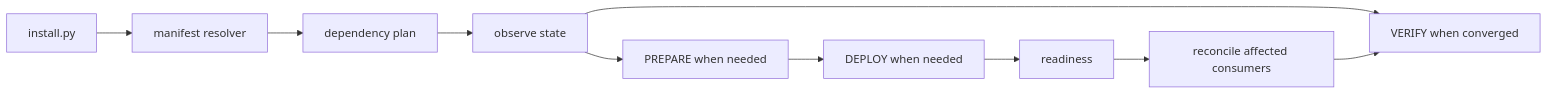
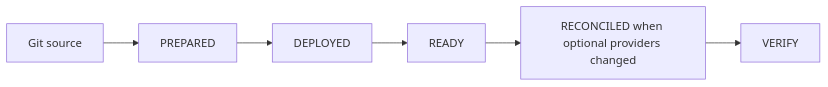
Before and after one commit to ea1het/local_hybrid_ai: the second of 4 diagrams in README.md, drawn with Mermaid. The commit also changed other lines of this file and 46 other files, not shown here.

````diff
--- a/README.md
+++ b/README.md
@@ -84,12 +36,8 @@
 ```mermaid
 flowchart LR
-    CLI[install.py] --> M[manifest resolver]
-    M --> P[dependency plan]
-    P --> O[observe state]
-    O --> PREP[PREPARE when needed]
-    PREP --> DEP[DEPLOY when needed]
-    DEP --> READY[readiness]
-    READY --> REC[reconcile affected consumers]
-    O --> VER[VERIFY when converged]
-    REC --> VER
+  SRC[Git source] --> PREP[PREPARED]
+  PREP --> DEP[DEPLOYED]
+  DEP --> READY[READY]
+  READY --> REC[RECONCILED when optional providers changed]
+  REC --> VER[VERIFY]
 ```
````
